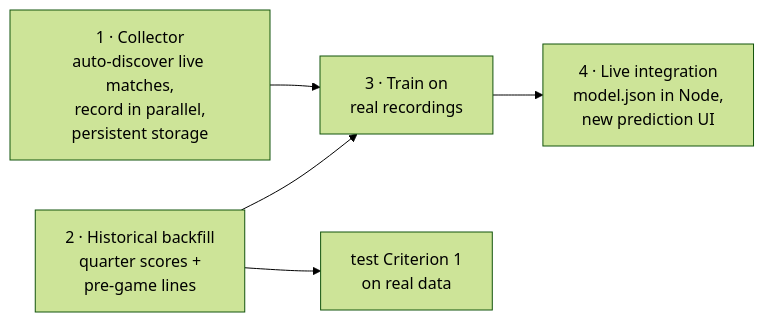
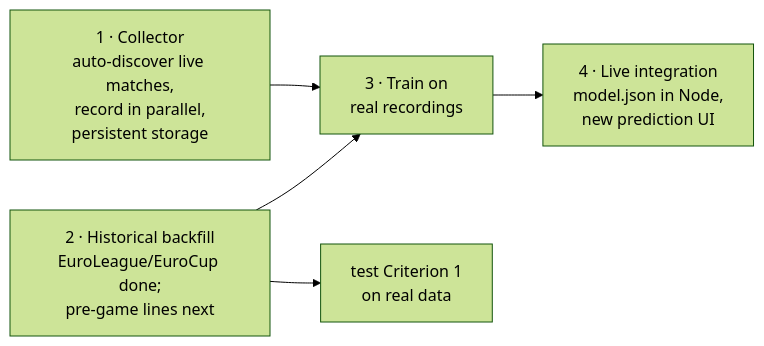
Before and after one commit to aral-by/basketscrape: the sixth of 6 diagrams in docs/ml-design.md, drawn with Mermaid (forest theme). The commit also changed other lines of this file and 7 other files, not shown here.

````diff
--- a/docs/ml-design.md
+++ b/docs/ml-design.md
@@ -344,7 +404,7 @@
 ```mermaid
 flowchart LR
     A["1 · Collector<br/>auto-discover live matches,<br/>record in parallel,<br/>persistent storage"] --> C
-    B["2 · Historical backfill<br/>quarter scores +<br/>pre-game lines"] --> C
+    B["2 · Historical backfill<br/>EuroLeague/EuroCup done;<br/>pre-game lines next"] --> C
     B --> H["test Criterion 1<br/>on real data"]
     C["3 · Train on<br/>real recordings"] --> D["4 · Live integration<br/>model.json in Node,<br/>new prediction UI"]
 ```
````
